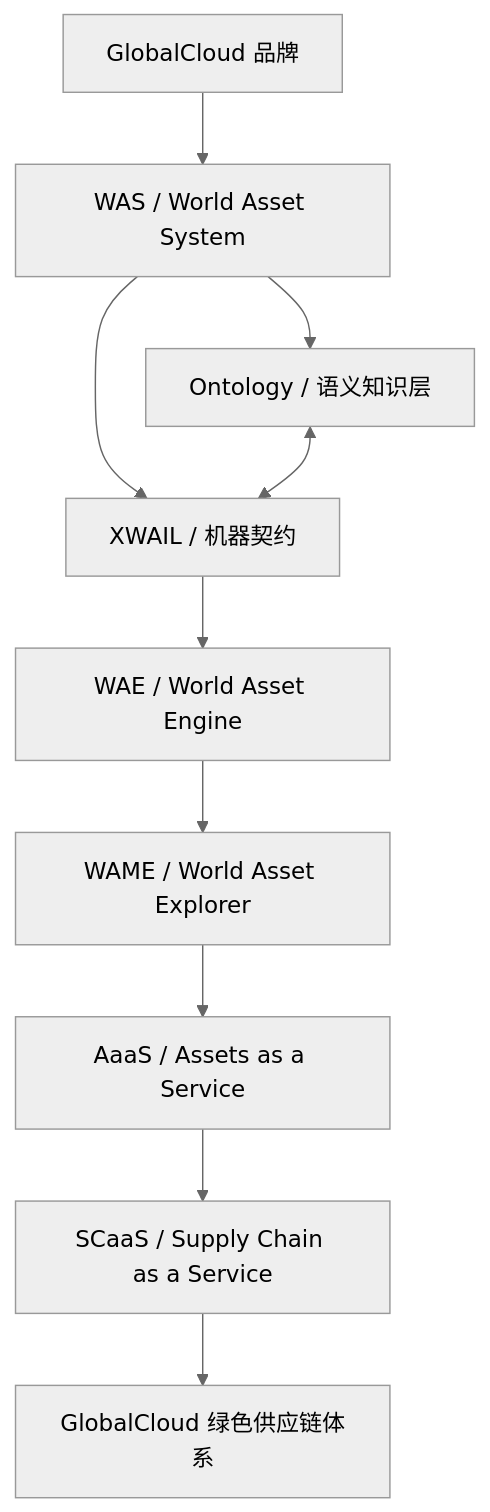
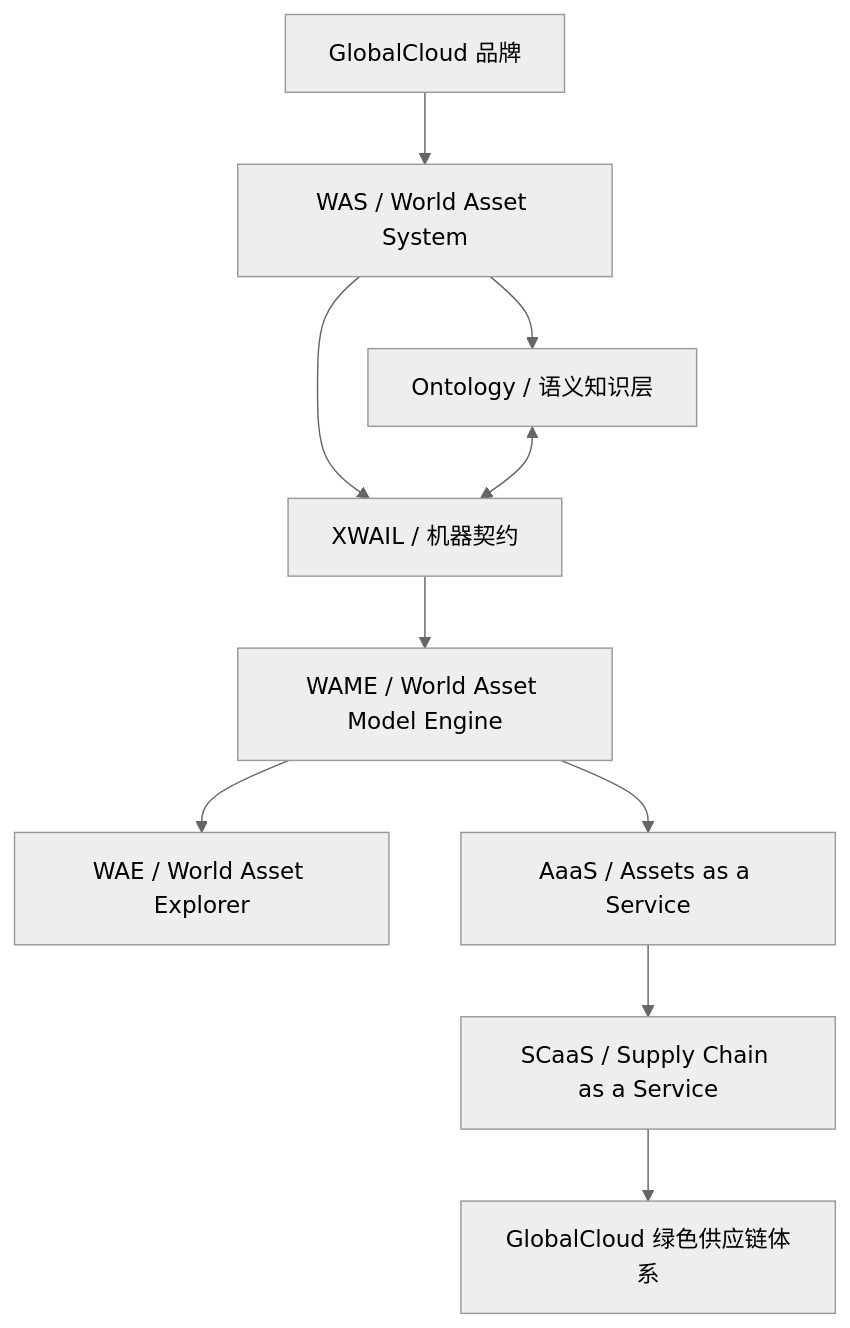
Before and after one commit to Jiumilu/GCGPCF: the diagram in .kds/development-space/开发/90-跨项目架构/01-architecture/WAS世界资产体系总体方案.md, drawn with Mermaid (neutral theme). The commit also changed other lines of this file and 3545 other files, not shown here.

````diff
--- a/.kds/development-space/开发/90-跨项目架构/01-architecture/WAS世界资产体系总体方案.md
+++ b/.kds/development-space/开发/90-跨项目架构/01-architecture/WAS世界资产体系总体方案.md
@@ -106,12 +108,12 @@
 ```mermaid
 flowchart TD
   Brand["GlobalCloud 品牌"] --> WAS["WAS / World Asset System"]
   WAS --> Ontology["Ontology / 语义知识层"]
   WAS --> XWAIL["XWAIL / 机器契约"]
   Ontology <--> XWAIL
-  XWAIL --> WAE["WAE / World Asset Engine"]
-  WAE --> WAME["WAME / World Asset Explorer"]
+  XWAIL --> WAME["WAME / World Asset Model Engine"]
+  WAME --> WAE["WAE / World Asset Explorer"]
   WAME --> AAAS["AaaS / Assets as a Service"]
   AAAS --> SCAAS["SCaaS / Supply Chain as a Service"]
   SCAAS --> GSC["GlobalCloud 绿色供应链体系"]
 ```
````
